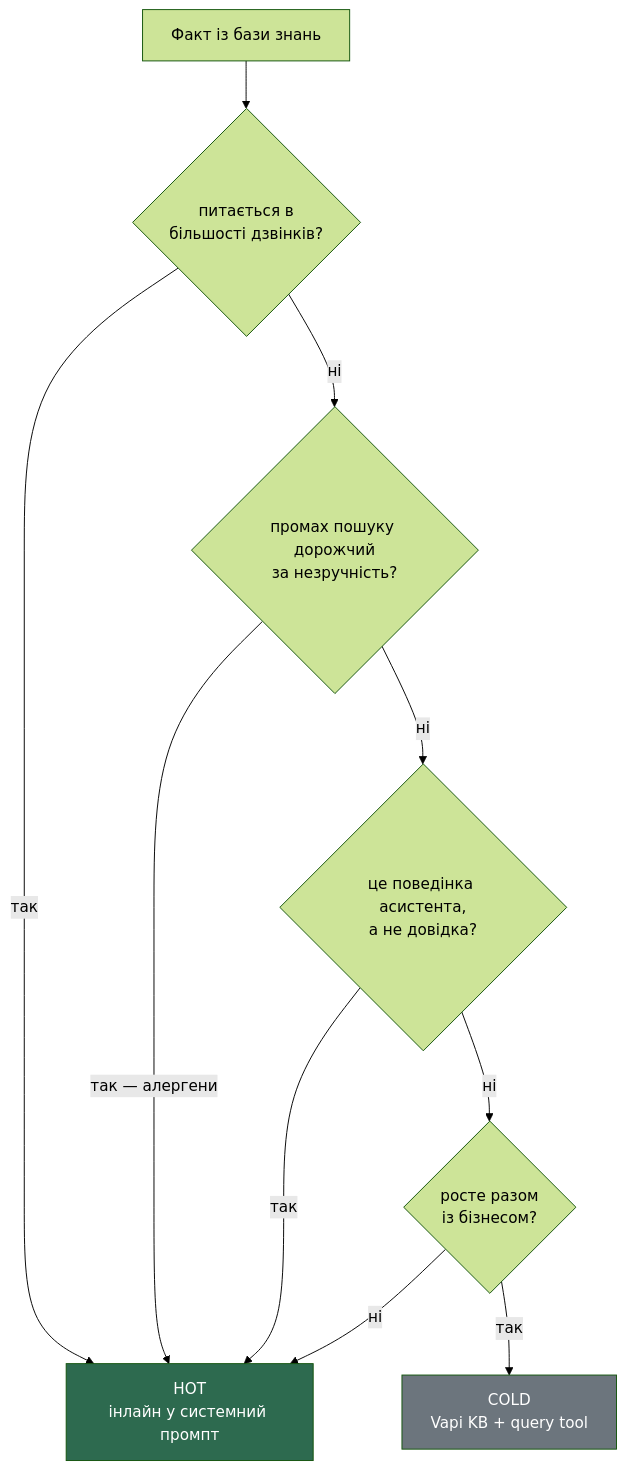
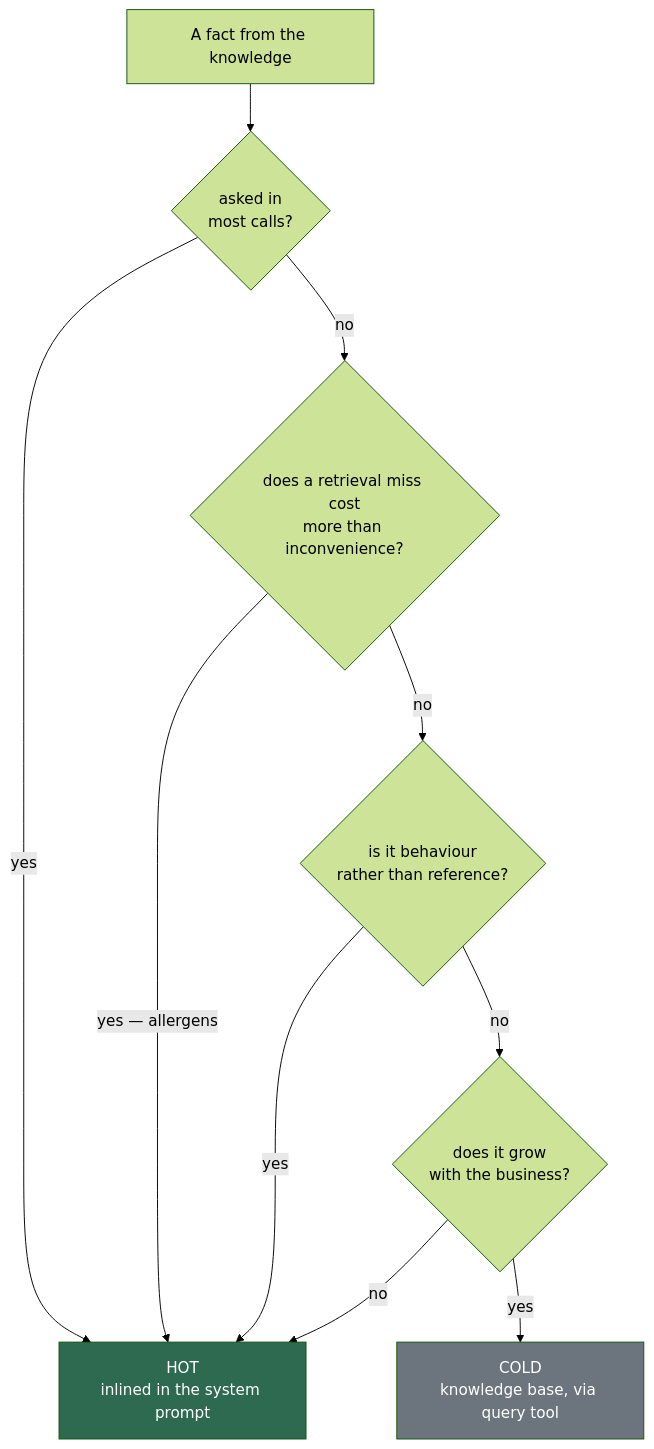
One commit to Dmitriymush/lemongrass-voice-agent changed the diagram in docs/diagrams/02-decision-tree.mmd. Above: the diagram before and after it, drawn with Mermaid (forest theme). The commit also changed 14 other files, not shown here.

First line of the commit message:
Translate the architecture and diagrams into English

```diff
--- a/docs/diagrams/02-decision-tree.mmd
+++ b/docs/diagrams/02-decision-tree.mmd
@@ -1,16 +1,16 @@
 flowchart TD
-    S["Факт із бази знань"] --> Q1{"питається в<br/>більшості дзвінків?"}
-    Q1 -->|"так"| HOT
-    Q1 -->|"ні"| Q2{"промах пошуку дорожчий<br/>за незручність?"}
-    Q2 -->|"так — алергени"| HOT
-    Q2 -->|"ні"| Q3{"це поведінка асистента,<br/>а не довідка?"}
-    Q3 -->|"так"| HOT
-    Q3 -->|"ні"| Q4{"росте разом<br/>із бізнесом?"}
-    Q4 -->|"ні"| HOT
-    Q4 -->|"так"| COLD
+    S["A fact from the knowledge"] --> Q1{"asked in<br/>most calls?"}
+    Q1 -->|"yes"| HOT
+    Q1 -->|"no"| Q2{"does a retrieval miss cost<br/>more than inconvenience?"}
+    Q2 -->|"yes — allergens"| HOT
+    Q2 -->|"no"| Q3{"is it behaviour<br/>rather than reference?"}
+    Q3 -->|"yes"| HOT
+    Q3 -->|"no"| Q4{"does it grow<br/>with the business?"}
+    Q4 -->|"no"| HOT
+    Q4 -->|"yes"| COLD
 
-    HOT["HOT<br/>інлайн у системний промпт"]
-    COLD["COLD<br/>Vapi KB + query tool"]
+    HOT["HOT<br/>inlined in the system prompt"]
+    COLD["COLD<br/>knowledge base, via query tool"]
 
     style HOT fill:#2d6a4f,color:#fff
     style COLD fill:#6c757d,color:#fff
```
